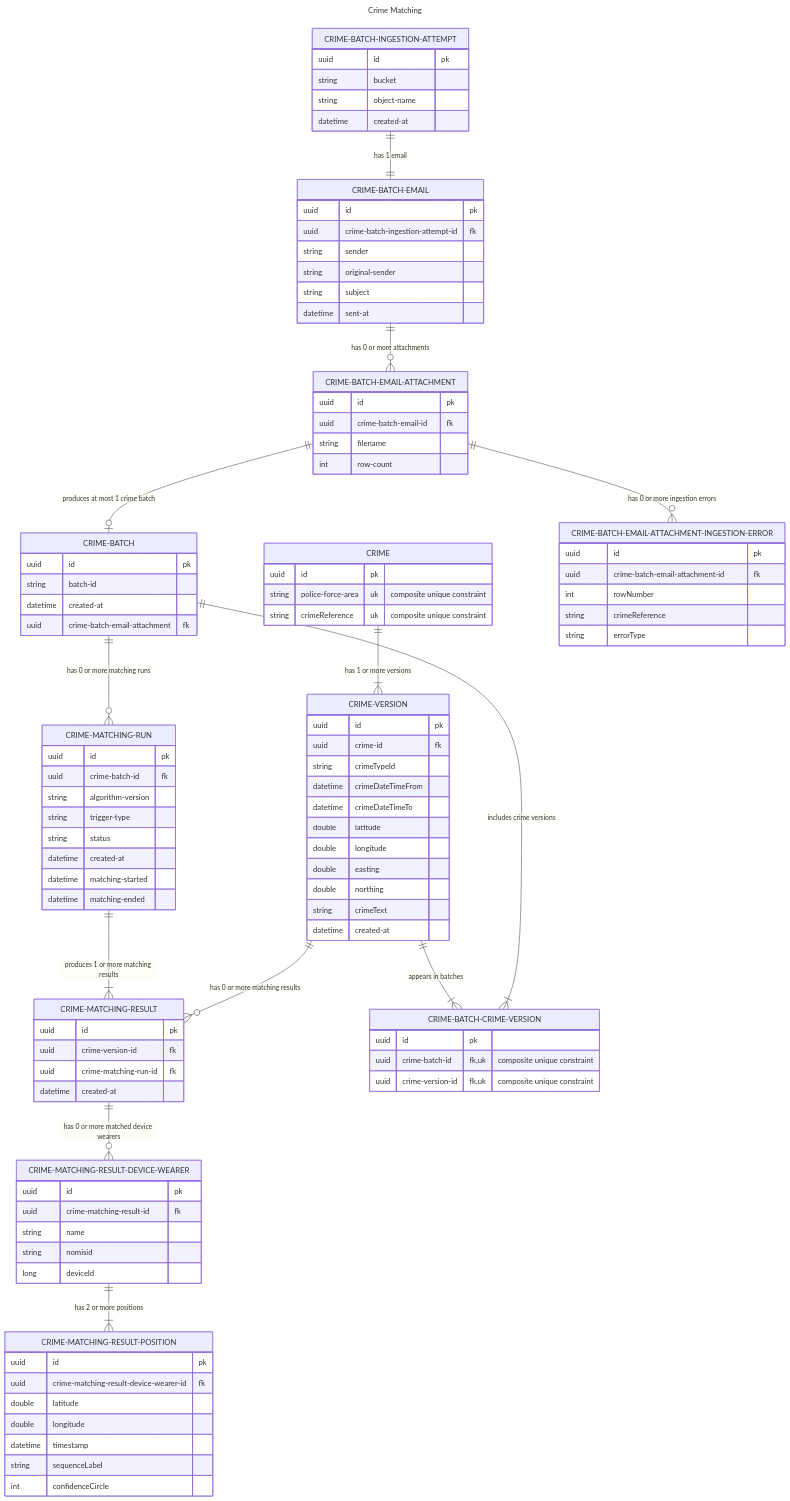
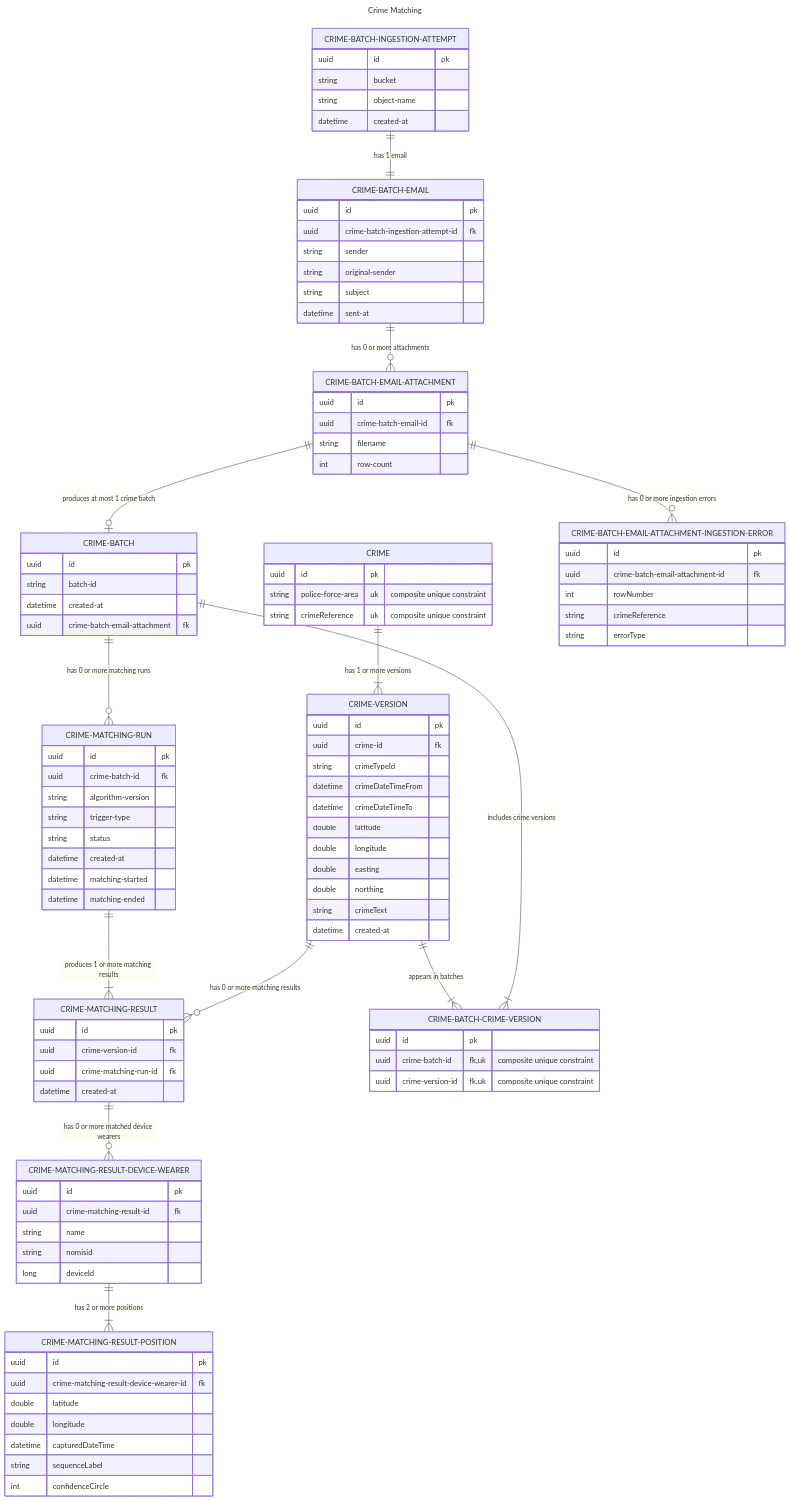
Before and after one commit to ministryofjustice/hmpps-electronic-monitoring-crime-matching-api: the diagram in docs/model.mmd, drawn with Mermaid. The commit also changed 5 other files, not shown here.

```diff
--- a/docs/model.mmd
+++ b/docs/model.mmd
@@ -1,121 +1,121 @@
 ---
 title: Crime Matching
 ---
 erDiagram
     %% Domain
     CRIME 1 to 1+ CRIME-VERSION : "has 1 or more versions"
     CRIME-VERSION 1 to 0+ CRIME-MATCHING-RESULT : "has 0 or more matching results"
     CRIME-BATCH 1 to 1+ CRIME-BATCH-CRIME-VERSION : "includes crime versions"
     CRIME-VERSION 1 to 1+ CRIME-BATCH-CRIME-VERSION : "appears in batches"
 
     %% Ingestion
     CRIME-BATCH-EMAIL-ATTACHMENT 1 to zero or one CRIME-BATCH : "produces at most 1 crime batch"
     CRIME-BATCH-INGESTION-ATTEMPT 1 to 1 CRIME-BATCH-EMAIL : "has 1 email"
     CRIME-BATCH-EMAIL 1 to 0+ CRIME-BATCH-EMAIL-ATTACHMENT : "has 0 or more attachments"
     CRIME-BATCH-EMAIL-ATTACHMENT 1 to zero or more CRIME-BATCH-EMAIL-ATTACHMENT-INGESTION-ERROR : "has 0 or more ingestion errors"
 
     %% Matching
     CRIME-BATCH 1 to 0+ CRIME-MATCHING-RUN : "has 0 or more matching runs"
     CRIME-MATCHING-RUN 1 to 1+ CRIME-MATCHING-RESULT : "produces 1 or more matching results"
     CRIME-MATCHING-RESULT 1 to 0+ CRIME-MATCHING-RESULT-DEVICE-WEARER : "has 0 or more matched device wearers"
     CRIME-MATCHING-RESULT-DEVICE-WEARER 1 to 1+ CRIME-MATCHING-RESULT-POSITION : "has 2 or more positions"
 
     CRIME-BATCH {
         uuid id pk
         string batch-id
         datetime created-at
         uuid crime-batch-email-attachment fk
     }
 
     CRIME-BATCH-CRIME-VERSION {
         uuid id pk
         uuid crime-batch-id fk, uk "composite unique constraint"
         uuid crime-version-id fk, uk "composite unique constraint"
     }
 
     CRIME-BATCH-INGESTION-ATTEMPT {
         uuid id pk
         string bucket
         string object-name
         datetime created-at
     }
 
     CRIME-BATCH-EMAIL {
         uuid id pk
         uuid crime-batch-ingestion-attempt-id fk
         string sender
         string original-sender
         string subject
         datetime sent-at
     }
 
     CRIME-BATCH-EMAIL-ATTACHMENT {
         uuid id pk
         uuid crime-batch-email-id fk
         string filename
         int row-count
     }
 
     CRIME-BATCH-EMAIL-ATTACHMENT-INGESTION-ERROR {
         uuid id pk
         uuid crime-batch-email-attachment-id fk
         int rowNumber
         string crimeReference
         string errorType
     }
 
     CRIME {
         uuid id pk
         string police-force-area uk "composite unique constraint"
         string crimeReference uk "composite unique constraint"
     }
 
     CRIME-VERSION {
         uuid id pk
         uuid crime-id fk
         string crimeTypeId
         datetime crimeDateTimeFrom
         datetime crimeDateTimeTo
         double latitude
         double longitude
         double easting
         double northing
         string crimeText
         datetime created-at
     }
 
     CRIME-MATCHING-RUN {
         uuid id pk
         uuid crime-batch-id fk
         string algorithm-version
         string trigger-type
         string status
         datetime created-at
         datetime matching-started
         datetime matching-ended
     }
 
     CRIME-MATCHING-RESULT {
         uuid id pk
         uuid crime-version-id fk
         uuid crime-matching-run-id fk
         datetime created-at
     }
 
     CRIME-MATCHING-RESULT-DEVICE-WEARER {
         uuid id pk
         uuid crime-matching-result-id fk
         string name
         string nomisid
         long deviceId
     }
 
     CRIME-MATCHING-RESULT-POSITION {
         uuid id pk
         uuid crime-matching-result-device-wearer-id fk
         double latitude
         double longitude
-        datetime timestamp
+        datetime capturedDateTime
         string sequenceLabel
         int confidenceCircle
     }
```
